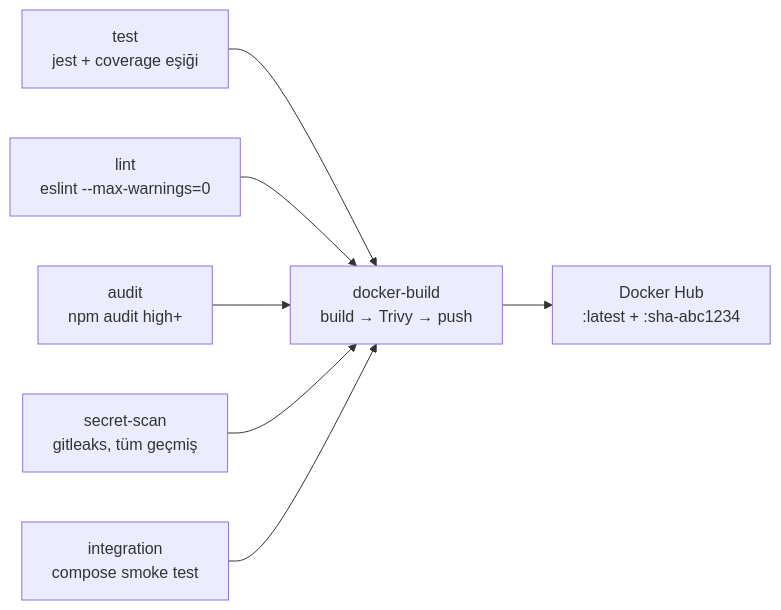
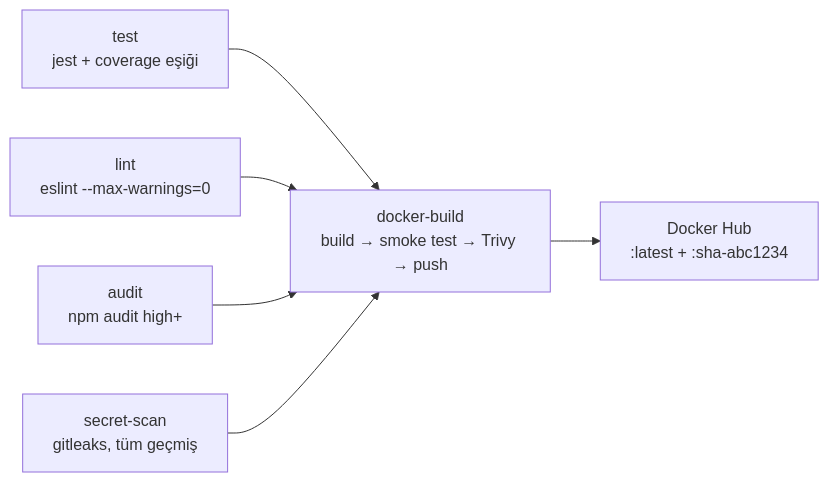
One commit to gokayerturulll/MenuLooo changed the second of 2 diagrams in README.md. Above: the diagram before and after it, drawn with Mermaid. The commit also changed other lines of this file and 3 other files, not shown here.

First line of the commit message:
ci: smoke test'i build+push zincirine al, mükerrer build'i kaldır

````diff
--- a/README.md
+++ b/README.md
@@ -162,9 +162,8 @@
 ```mermaid
 flowchart LR
     T["test<br/>jest + coverage eşiği"] --> D
     L["lint<br/>eslint --max-warnings=0"] --> D
     A["audit<br/>npm audit high+"] --> D
     S["secret-scan<br/>gitleaks, tüm geçmiş"] --> D
-    I["integration<br/>compose smoke test"] --> D
-    D["docker-build<br/>build → Trivy → push"] --> H["Docker Hub<br/>:latest + :sha-abc1234"]
+    D["docker-build<br/>build → smoke test → Trivy → push"] --> H["Docker Hub<br/>:latest + :sha-abc1234"]
 ```
````
